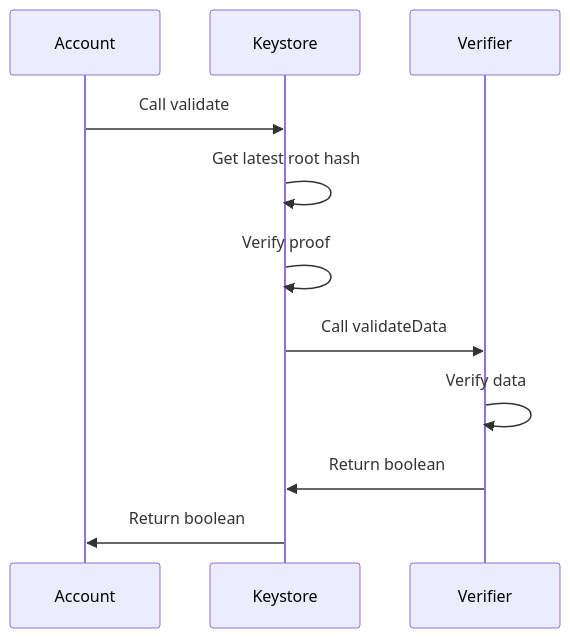
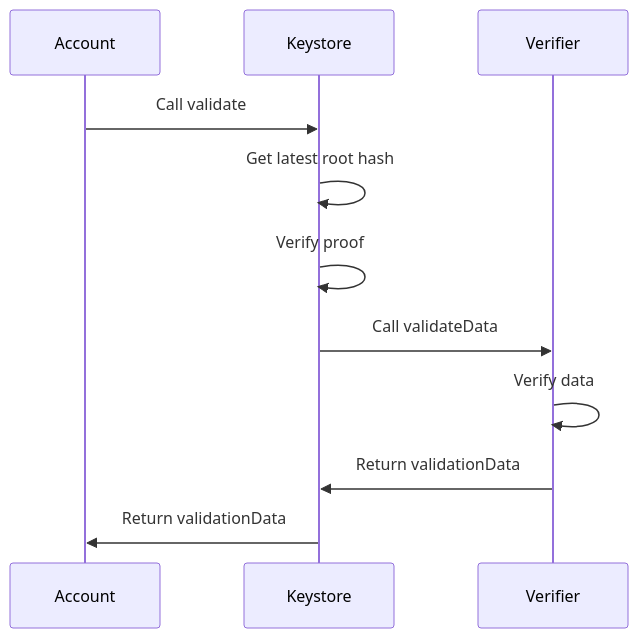
The third of 3 diagrams in doc/spec.md (stackup-wallet/keystore), drawn with Mermaid before and after one commit. The commit also changed other lines of this file and 9 other files, not shown here.

````diff
--- a/doc/spec.md
+++ b/doc/spec.md
@@ -174,10 +176,10 @@
 ```mermaid
 sequenceDiagram
     Account->>Keystore: Call validate
     Keystore->>Keystore: Get latest root hash
     Keystore->>Keystore: Verify proof
     Keystore->>Verifier: Call validateData
     Verifier->>Verifier: Verify data
-    Verifier->>Keystore: Return boolean
-    Keystore->>Account: Return boolean
+    Verifier->>Keystore: Return validationData
+    Keystore->>Account: Return validationData
 ```
````
